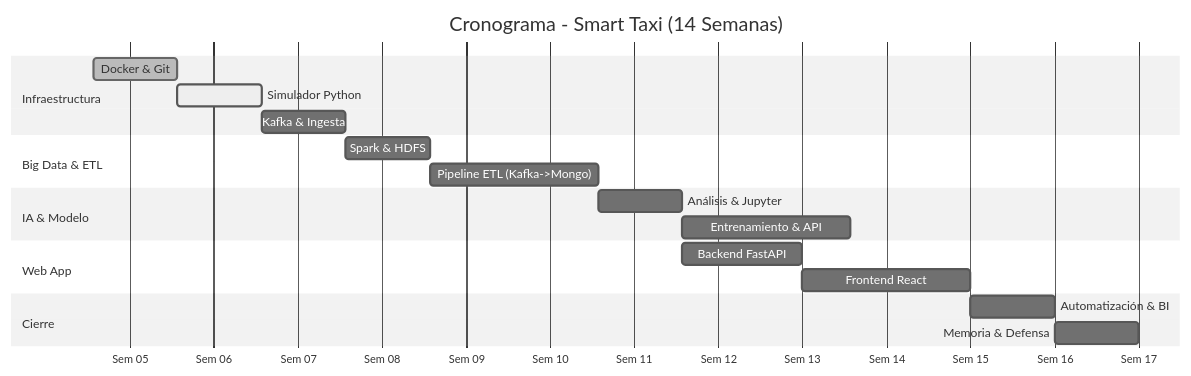
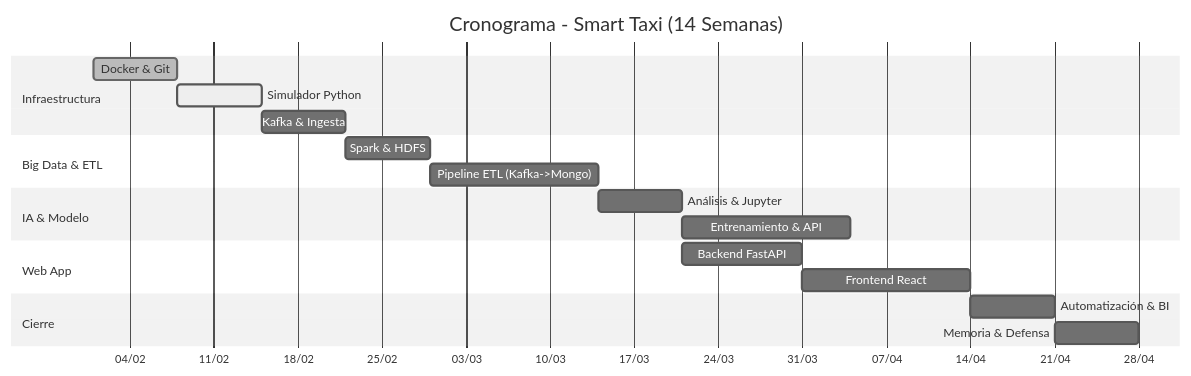
One commit to Ismaeltg05/DIET-IA changed the second of 2 diagrams in README.md. Above: the diagram before and after it, drawn with Mermaid (neutral theme).

Commit message:
Update axis format in Gantt chart in README

````diff
--- a/README.md
+++ b/README.md
@@ -191,27 +191,27 @@
 ```mermaid
 gantt
     title Cronograma - Smart Taxi (14 Semanas)
     dateFormat  YYYY-MM-DD
-    axisFormat  Sem %W
+    axisFormat  %d/%m  
     
     section Infraestructura
     Docker & Git                     :done,    d1, 2024-02-01, 7d
     Simulador Python                 :active,  d2, after d1, 7d
     Kafka & Ingesta                  :         d3, after d2, 7d
 
     section Big Data & ETL
     Spark & HDFS                     :         d4, after d3, 7d
     Pipeline ETL (Kafka->Mongo)      :         d5, after d4, 14d
 
     section IA & Modelo
     Análisis & Jupyter               :         d6, after d5, 7d
     Entrenamiento & API              :         d7, after d6, 14d
 
     section Web App
     Backend FastAPI                  :         d8, after d6, 10d
     Frontend React                   :         d9, after d8, 14d
 
     section Cierre
     Automatización & BI              :         d10, after d9, 7d
     Memoria & Defensa                :         d11, after d10, 7d
 ```
````
